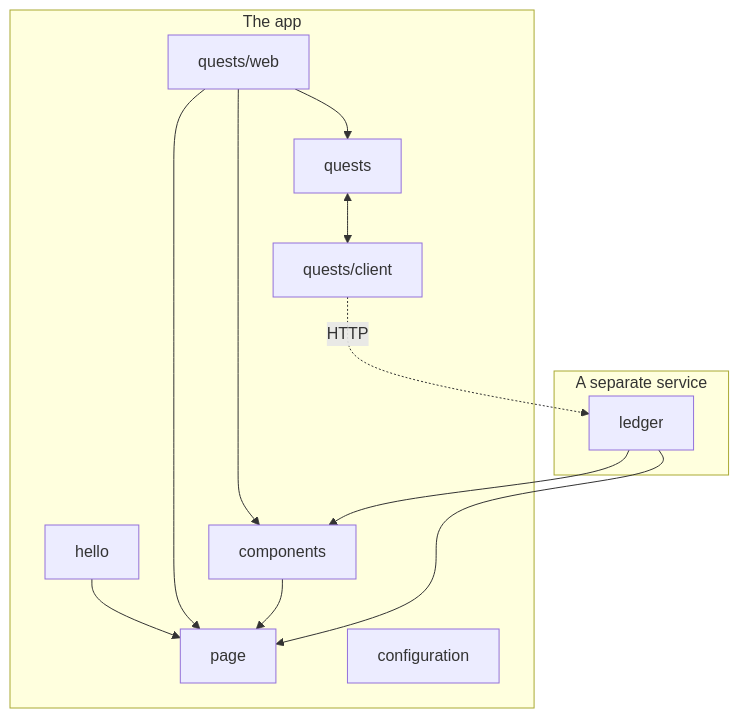
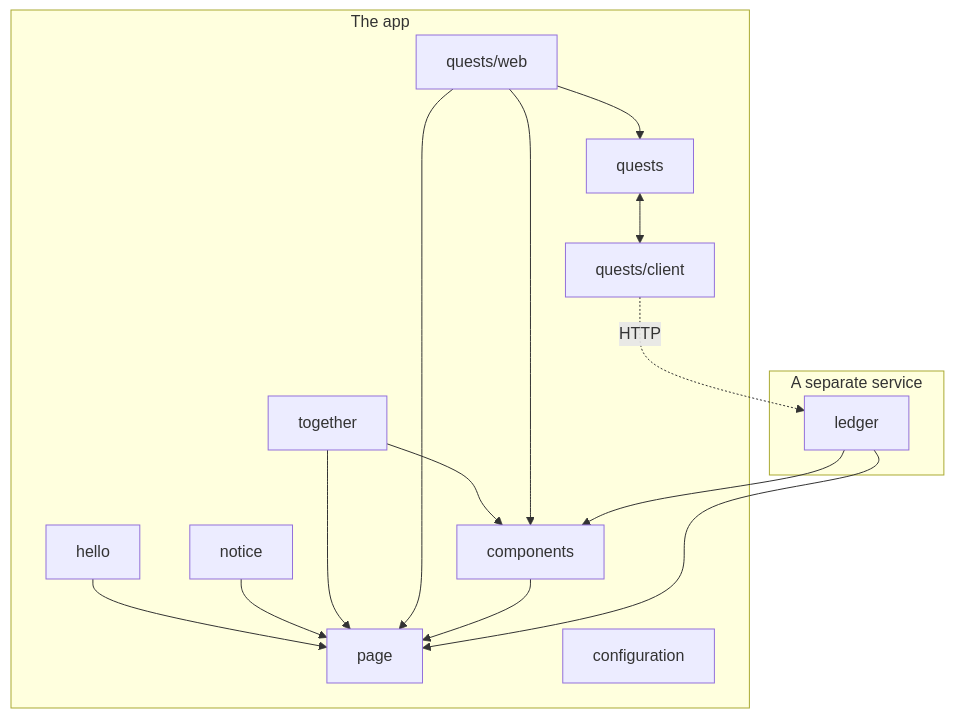
Before and after one commit to MarkusAugust/forgelord: the diagram in README.md, drawn with Mermaid. The commit also changed other lines of this file and 17 other files, not shown here.

````diff
--- a/README.md
+++ b/README.md
@@ -38,24 +356,29 @@
 ```mermaid
 flowchart TD
     subgraph app ["The app"]
         hello["hello"]
+        notice["notice"]
+        together["together"]
         web["quests/web"]
         quests["quests"]
         client["quests/client"]
         components["components"]
         page["page"]
         configuration["configuration"]
     end
     subgraph source ["A separate service"]
         ledger["ledger"]
     end
     hello --> page
+    notice --> page
+    together --> components
+    together --> page
     web --> components
     web --> page
     web --> quests
     quests <--> client
     components --> page
     client -. HTTP .-> ledger
     ledger --> components
     ledger --> page
 ```
````
